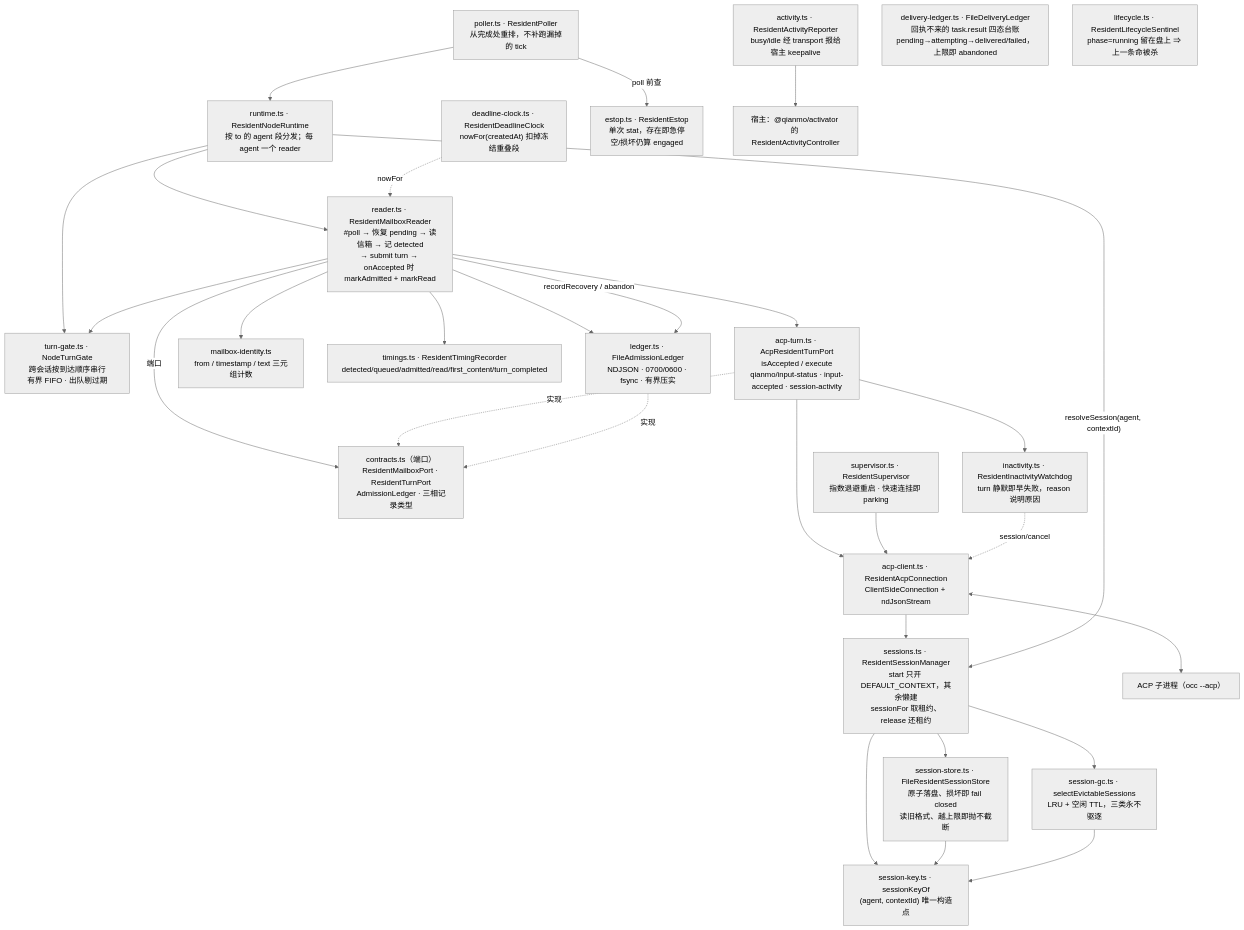
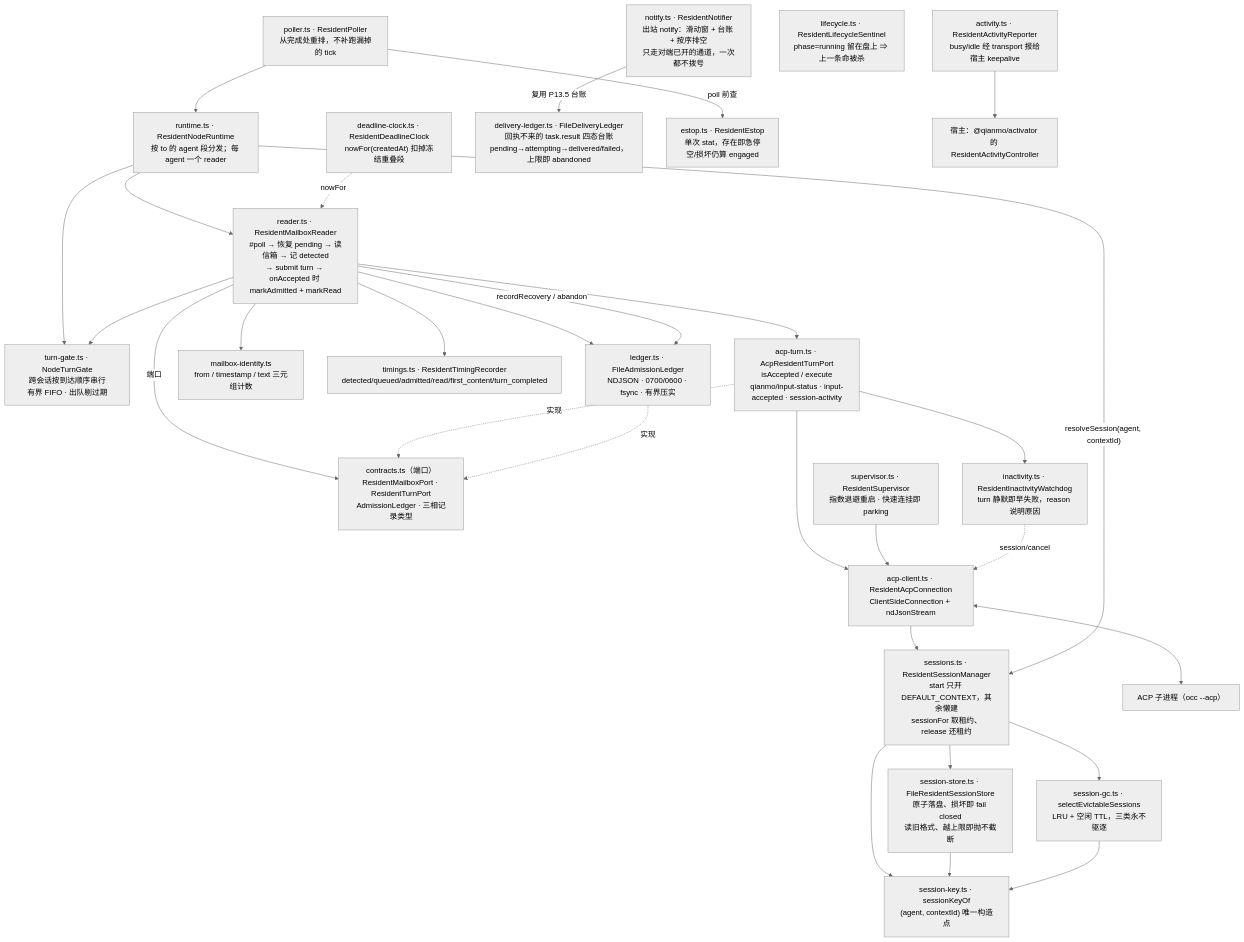
The diagram in packages/resident/README.md (sweetcornna/atlas), drawn with Mermaid (neutral theme) before and after one commit. The commit also changed other lines of this file and 1 other file, not shown here.

First line of the commit message:
docs(resident): README 补 P13.6 五条不变式；console.md 新增 §10 值守作业

````diff
--- a/packages/resident/README.md
+++ b/packages/resident/README.md
@@ -17,58 +17,60 @@
 ```mermaid
 flowchart TD
   poller["poller.ts · ResidentPoller<br/>从完成处重排，不补跑漏掉的 tick"]
   runtime["runtime.ts · ResidentNodeRuntime<br/>按 to 的 agent 段分发；每 agent 一个 reader"]
   gate["turn-gate.ts · NodeTurnGate<br/>跨会话按到达顺序串行<br/>有界 FIFO · 出队剔过期"]
   reader["reader.ts · ResidentMailboxReader<br/>#poll → 恢复 pending → 读信箱 → 记 detected<br/>→ submit turn → onAccepted 时 markAdmitted + markRead"]
   ledger["ledger.ts · FileAdmissionLedger<br/>NDJSON · 0700/0600 · fsync · 有界压实"]
   contracts["contracts.ts（端口）<br/>ResidentMailboxPort · ResidentTurnPort<br/>AdmissionLedger · 三相记录类型"]
   identity["mailbox-identity.ts<br/>from / timestamp / text 三元组计数"]
   timings["timings.ts · ResidentTimingRecorder<br/>detected/queued/admitted/read/first_content/turn_completed"]
   deadline["deadline-clock.ts · ResidentDeadlineClock<br/>nowFor(createdAt) 扣掉冻结重叠段"]
 
   turnport["acp-turn.ts · AcpResidentTurnPort<br/>isAccepted / execute<br/>qianmo/input-status · input-accepted · session-activity"]
   client["acp-client.ts · ResidentAcpConnection<br/>ClientSideConnection + ndJsonStream"]
   sessions["sessions.ts · ResidentSessionManager<br/>start 只开 DEFAULT_CONTEXT，其余懒建<br/>sessionFor 取租约、release 还租约"]
   key["session-key.ts · sessionKeyOf<br/>(agent, contextId) 唯一构造点"]
   gc["session-gc.ts · selectEvictableSessions<br/>LRU + 空闲 TTL，三类永不驱逐"]
   store["session-store.ts · FileResidentSessionStore<br/>原子落盘、损坏即 fail closed<br/>读旧格式、越上限即抛不截断"]
   supervisor["supervisor.ts · ResidentSupervisor<br/>指数退避重启 · 快速连挂即 parking"]
   activity["activity.ts · ResidentActivityReporter<br/>busy/idle 经 transport 报给宿主 keepalive"]
 
   delivery["delivery-ledger.ts · FileDeliveryLedger<br/>回执不来的 task.result 四态台账<br/>pending→attempting→delivered/failed，上限即 abandoned"]
   estop["estop.ts · ResidentEstop<br/>单次 stat，存在即急停<br/>空/损坏仍算 engaged"]
   lifecycle["lifecycle.ts · ResidentLifecycleSentinel<br/>phase=running 留在盘上 ⇒ 上一条命被杀"]
   inactivity["inactivity.ts · ResidentInactivityWatchdog<br/>turn 静默即早失败，reason 说明原因"]
+  notify["notify.ts · ResidentNotifier<br/>出站 notify：滑动窗 + 台账 + 按序排空<br/>只走对端已开的通道，一次都不拨号"]
 
   acp["ACP 子进程（occ --acp）"]
   host["宿主：@qianmo/activator 的 ResidentActivityController"]
 
   poller --> runtime
   runtime --> reader
   runtime --> gate
   reader --> gate
   reader --> ledger
   reader --> identity
   reader --> timings
   reader -->|端口| contracts
   turnport -.->|"实现"| contracts
   ledger -.->|"实现"| contracts
   reader --> turnport
   turnport --> client
   client --> sessions
   sessions --> store
   sessions --> key
   sessions --> gc
   store --> key
   gc --> key
   runtime -->|"resolveSession(agent, contextId)"| sessions
   supervisor --> client
   client <--> acp
   activity --> host
   deadline -.->|"nowFor"| reader
 
   poller -->|"poll 前查"| estop
   reader -->|"recordRecovery / abandon"| ledger
   turnport --> inactivity
   inactivity -.->|"session/cancel"| client
+  notify -->|"复用 P13.5 台账"| delivery
 ```
````
